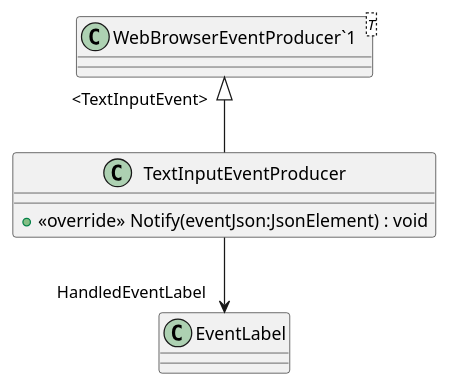
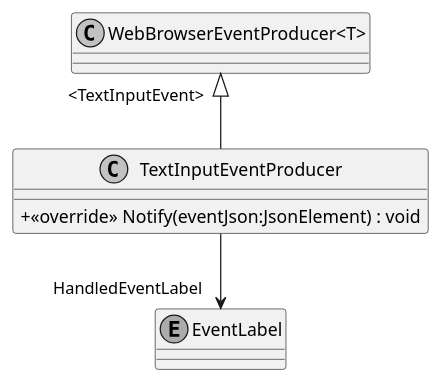
The diagram in application/plantuml/Modules/WebBrowser/Producers/TextInputEventProducer.puml (insightmind/MORR), drawn with PlantUML before and after one commit. The commit also changed 14 other files, not shown here.

```diff
--- a/application/plantuml/Modules/WebBrowser/Producers/TextInputEventProducer.puml
+++ b/application/plantuml/Modules/WebBrowser/Producers/TextInputEventProducer.puml
@@ -1,9 +1,12 @@
 @startuml
+skinparam monochrome true
+skinparam ClassAttributeIconSize 0
 class TextInputEventProducer {
     + <<override>> Notify(eventJson:JsonElement) : void
 }
-class "WebBrowserEventProducer`1"<T> {
+class "WebBrowserEventProducer<T>" {
 }
-"WebBrowserEventProducer`1" "<TextInputEvent>" <|-- TextInputEventProducer
+enum "EventLabel"
+"WebBrowserEventProducer<T>" "<TextInputEvent>" <|-- TextInputEventProducer
 TextInputEventProducer --> "HandledEventLabel" EventLabel
 @enduml
```
